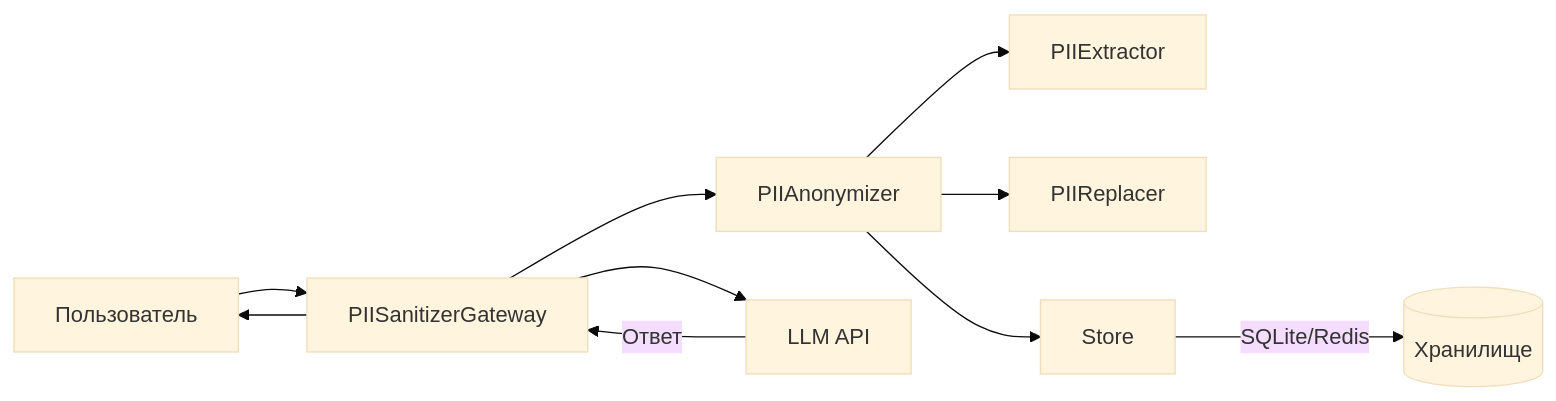
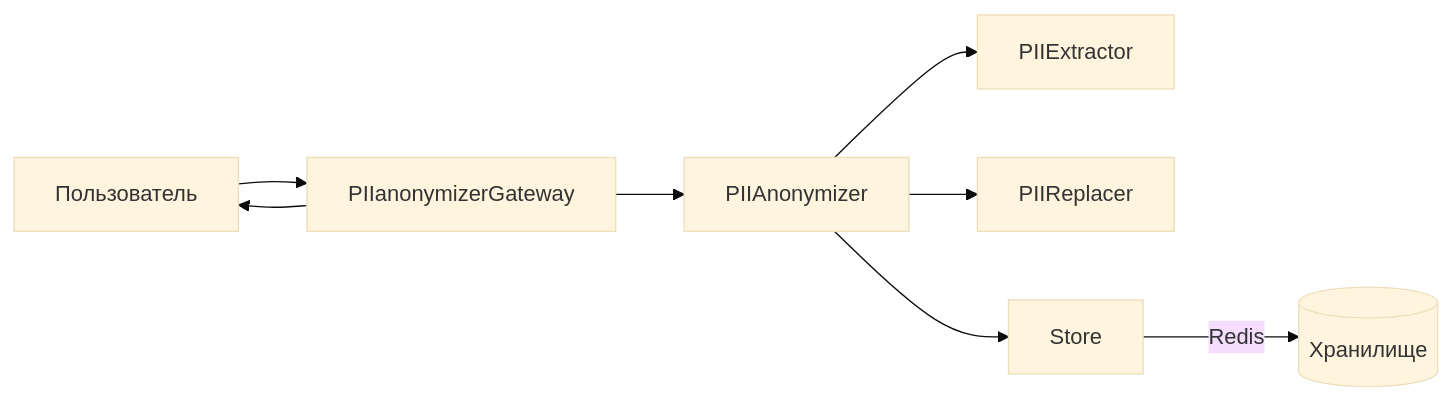
Before and after one commit to Vgoroveckiy/Pii_anonymizer: the third of 3 diagrams in README.md, drawn with Mermaid (base theme). The commit also changed other lines of this file and 6 other files, not shown here.

````diff
--- a/README.md
+++ b/README.md
@@ -43,12 +41,10 @@
 ```mermaid
 graph LR
-    U[Пользователь] --> G[PIISanitizerGateway]
+    U[Пользователь] --> G[PIIanonymizerGateway]
     G --> A[PIIAnonymizer]
     A --> E[PIIExtractor]
     A --> R[PIIReplacer]
     A --> S[Store]
-    S -->|SQLite/Redis| DB[(Хранилище)]
-    G --> LLM[LLM API]
-    LLM -->|Ответ| G
+    S -->|Redis| DB[(Хранилище)]
     G --> U
 ```
````
